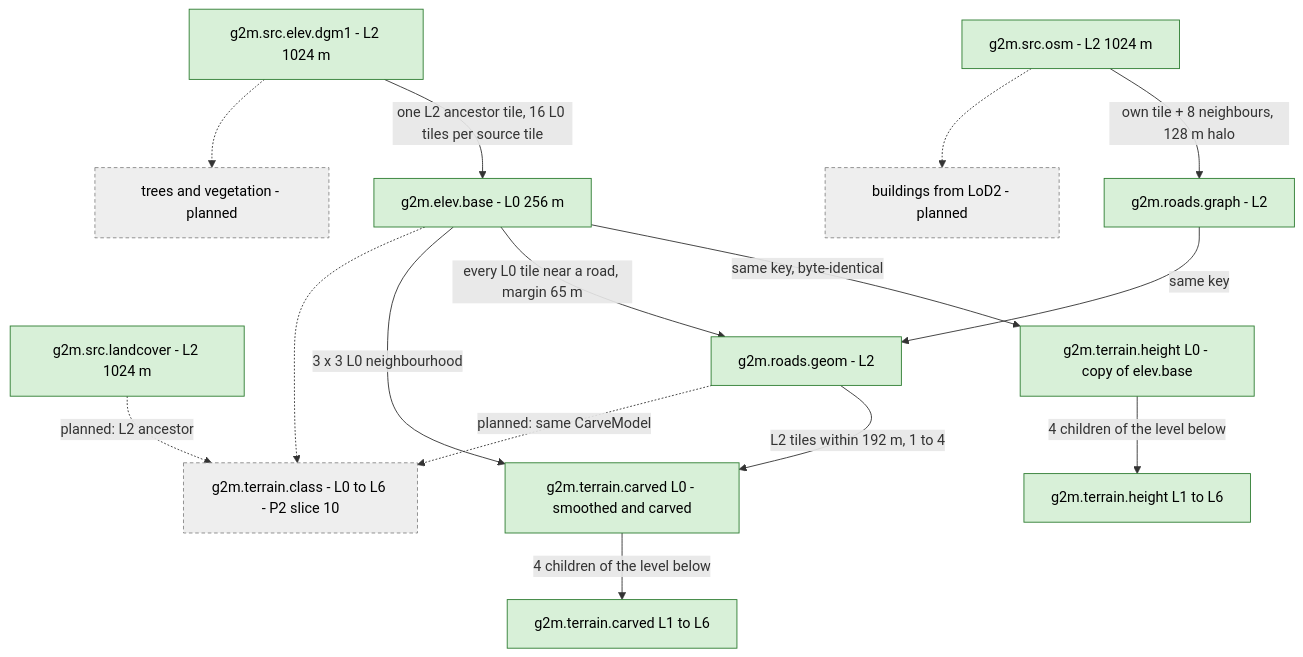
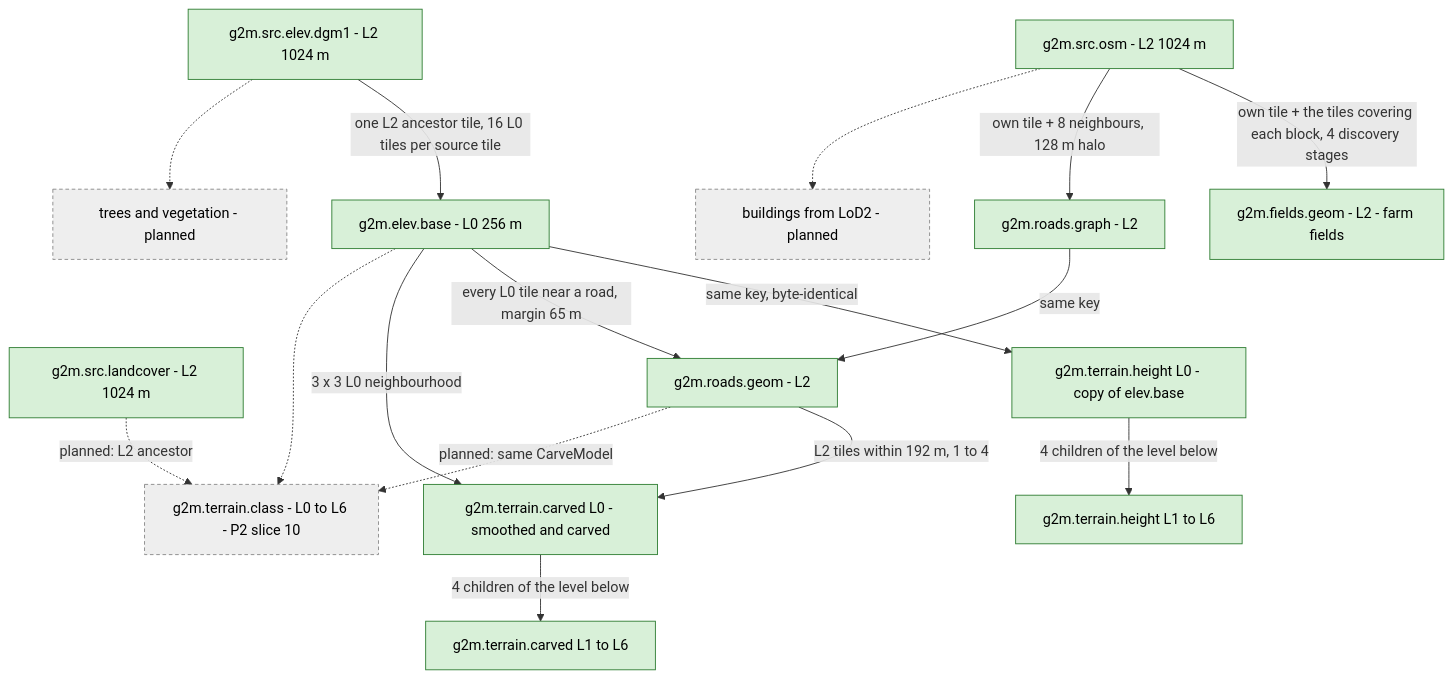
The second of 4 diagrams in docs/pipeline/README.md (SebastianDanielFrenz/geo2map_engine), drawn with Mermaid before and after one commit. The commit also changed other lines of this file and 36 other files, not shown here.

First line of the commit message:
Farm field polygons: g2m.fields.geom (OSM agricultural blocks cut into fields)

````diff
--- a/docs/pipeline/README.md
+++ b/docs/pipeline/README.md
@@ -164,36 +181,38 @@
 ```mermaid
 flowchart TD
   OSM["g2m.src.osm - L2 1024 m"]
   DEM["g2m.src.elev.dgm1 - L2 1024 m"]
   LC["g2m.src.landcover - L2 1024 m"]
   EB["g2m.elev.base - L0 256 m"]
   H0["g2m.terrain.height L0 - copy of elev.base"]
   H1["g2m.terrain.height L1 to L6"]
   RG["g2m.roads.graph - L2"]
   RM["g2m.roads.geom - L2"]
   TC["g2m.terrain.class - L0 to L6 - P2 slice 10"]
+  FLD["g2m.fields.geom - L2 - farm fields"]
   CARVE["g2m.terrain.carved L0 - smoothed and carved"]
   CARVE1["g2m.terrain.carved L1 to L6"]
   BLD["buildings from LoD2 - planned"]
   TRE["trees and vegetation - planned"]
 
   DEM -->|"one L2 ancestor tile, 16 L0 tiles per source tile"| EB
   EB -->|"same key, byte-identical"| H0
   H0 -->|"4 children of the level below"| H1
+  OSM -->|"own tile + the tiles covering each block, 4 discovery stages"| FLD
   OSM -->|"own tile + 8 neighbours, 128 m halo"| RG
   RG -->|"same key"| RM
   EB -->|"every L0 tile near a road, margin 65 m"| RM
   LC -.->|"planned: L2 ancestor"| TC
   RM -->|"L2 tiles within 192 m, 1 to 4"| CARVE
   EB -->|"3 x 3 L0 neighbourhood"| CARVE
   CARVE -->|"4 children of the level below"| CARVE1
   RM -.->|"planned: same CarveModel"| TC
   EB -.-> TC
   OSM -.-> BLD
   DEM -.-> TRE
 
   classDef done fill:#d8f0d8,stroke:#2e7d32,color:#000;
   classDef plan fill:#eeeeee,stroke:#888888,stroke-dasharray:4 3,color:#000;
-  class OSM,DEM,LC,EB,H0,H1,RG,RM,CARVE,CARVE1 done;
+  class OSM,DEM,LC,EB,H0,H1,RG,RM,CARVE,CARVE1,FLD done;
   class TC,BLD,TRE plan;
 ```
````
